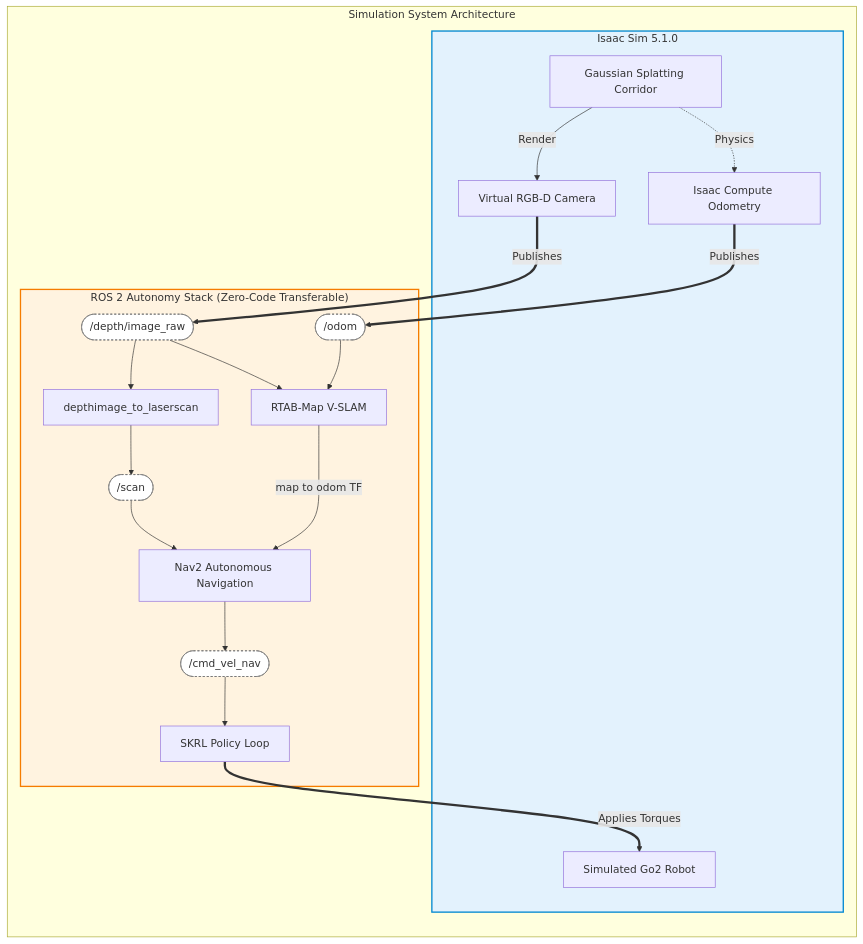
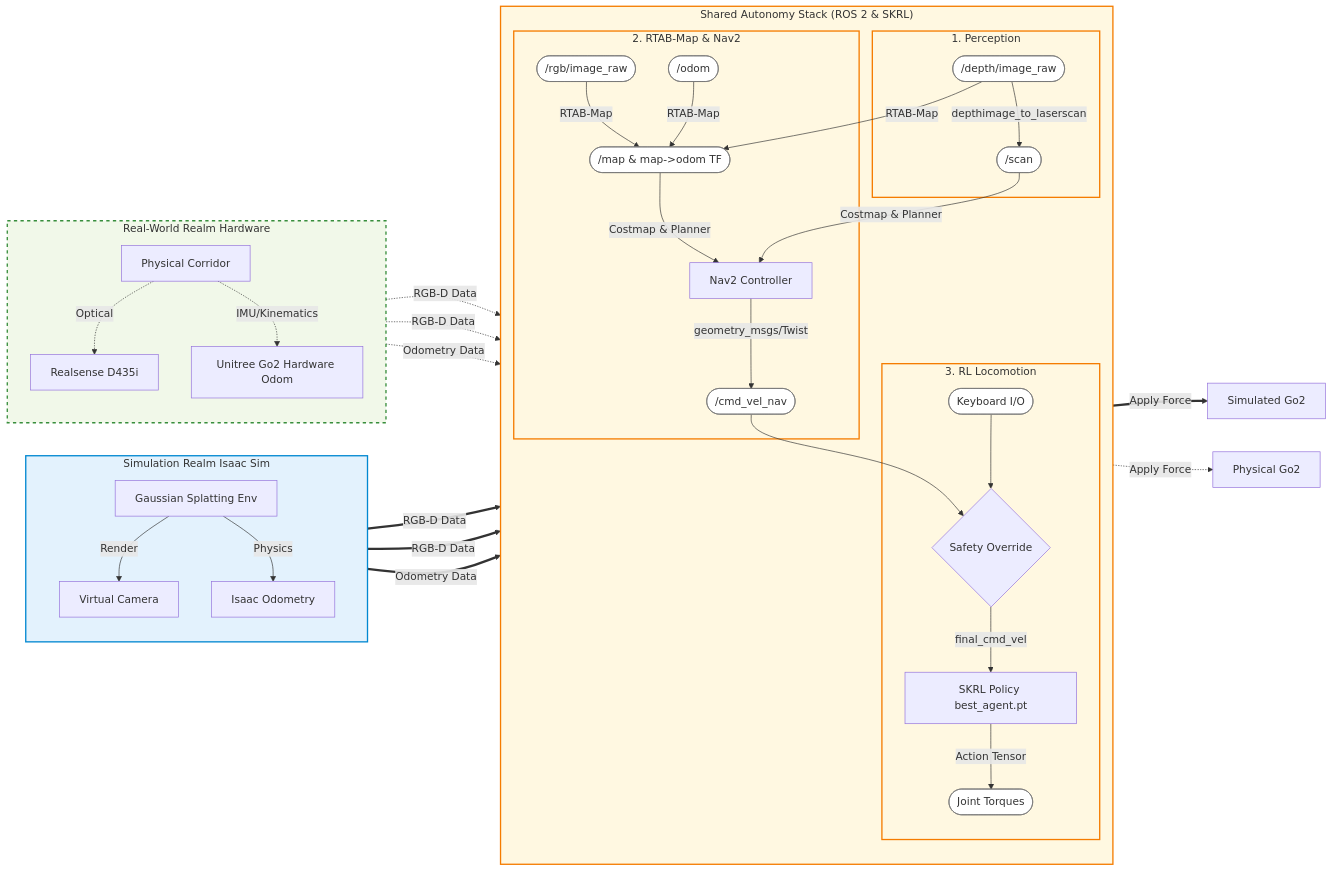
Before and after one commit to CGV-HGU/isaac-go2-ros2: the second of 2 diagrams in docs/architecture.md, drawn with Mermaid. The commit also changed other lines of this file, not shown here.

Commit message:
docs: revert to single Left-to-Right data flow diagram highlighting the Shared Core Stack, keeping chronological pipeline

````diff
--- a/docs/architecture.md
+++ b/docs/architecture.md
@@ -33,49 +33,87 @@
 ```mermaid
-flowchart TD
+flowchart LR
     %% Styling
-    classDef simEnv fill:#e3f2fd,stroke:#0288d1,stroke-width:2px;
-    classDef rosStack fill:#fff3e0,stroke:#f57c00,stroke-width:2px;
-    classDef topic fill:#ffffff,stroke:#757575,stroke-width:1px,stroke-dasharray: 3 3;
+    classDef sim fill:#e3f2fd,stroke:#0288d1,stroke-width:2px;
+    classDef real fill:#f1f8e9,stroke:#388e3c,stroke-width:2px,stroke-dasharray: 5 5;
+    classDef core fill:#fff8e1,stroke:#f57c00,stroke-width:2px;
+    classDef topic fill:#ffffff,stroke:#757575,stroke-width:1px;
 
-    subgraph Simulation_Architecture [Simulation System Architecture]
+    %% ----------------------------------------------------
+    %% LEFT: SIMULATION REALM
+    %% ----------------------------------------------------
+    subgraph Sim_Realm [Simulation Realm Isaac Sim]
+        direction TB
+        SimEnv[Gaussian Splatting Env]
+        SimCam[Virtual Camera]
+        SimOdom[Isaac Odometry]
+        
+        SimEnv -->|Render| SimCam
+        SimEnv -->|Physics| SimOdom
+    end
+    class Sim_Realm sim;
+
+    %% ----------------------------------------------------
+    %% MIDDLE: SHARED CORE STACK (Zero-Code Transfer)
+    %% ----------------------------------------------------
+    subgraph Shared_Core ["Shared Autonomy Stack (ROS 2 & SKRL)"]
         direction TB
         
-        %% Environment & Hardware Mock
-        subgraph Sim_Hardware [Isaac Sim 5.1.0]
-            Env[Gaussian Splatting Corridor]
-            Cam[Virtual RGB-D Camera]
-            Odom[Isaac Compute Odometry]
-            Robot[Simulated Go2 Robot]
+        %% Pillar 1: Perception
+        subgraph Perception [1. Perception]
+            Depth_Topic([/depth/image_raw]) --> |depthimage_to_laserscan| Scan_Topic([/scan])
+        end
+        
+        %% Pillar 2: SLAM & Navigation
+        subgraph Navigation [2. RTAB-Map & Nav2]
+            RGB_Topic([/rgb/image_raw])
+            Odom_Topic([/odom])
             
-            Env -->|Render| Cam
-            Env -.->|Physics| Odom
+            RGB_Topic & Depth_Topic & Odom_Topic --> |RTAB-Map| Map_Topic([/map & map->odom TF])
+            Map_Topic & Scan_Topic --> |Costmap & Planner| Nav2[Nav2 Controller]
+            Nav2 --> |geometry_msgs/Twist| Cmd_Vel([/cmd_vel_nav])
         end
-        class Sim_Hardware simEnv
 
-        %% ROS 2 Autonomy Stack
-        subgraph ROS2_Stack ["ROS 2 Autonomy Stack (Zero-Code Transferable)"]
-            Depth2Scan[depthimage_to_laserscan]
-            RTABMap[RTAB-Map V-SLAM]
-            Nav2[Nav2 Autonomous Navigation]
-            RL_Policy[SKRL Policy Loop]
-            
-            Depth_Topic([/depth/image_raw]):::topic
-            Scan_Topic([/scan]):::topic
-            Odom_Topic([/odom]):::topic
-            CmdVel_Topic([/cmd_vel_nav]):::topic
-            
-            Depth_Topic --> Depth2Scan --> Scan_Topic
-            Depth_Topic & Odom_Topic --> RTABMap
-            RTABMap -->|map to odom TF| Nav2
-            Scan_Topic --> Nav2
-            Nav2 --> CmdVel_Topic
-            CmdVel_Topic --> RL_Policy
+        %% Pillar 3: Locomotion
+        subgraph Locomotion [3. RL Locomotion]
+            Cmd_Vel --> Override{Safety Override}
+            Keyboard([Keyboard I/O]) --> Override
+            Override --> |final_cmd_vel| Policy[SKRL Policy best_agent.pt]
+            Policy --> |Action Tensor| Torques([Joint Torques])
         end
-        class ROS2_Stack rosStack
+    end
+    class Shared_Core,Perception,Navigation,Locomotion core;
+    class Depth_Topic,Scan_Topic,RGB_Topic,Odom_Topic,Map_Topic,Cmd_Vel,Keyboard,Torques topic;
+
+    %% ----------------------------------------------------
+    %% RIGHT: REAL-WORLD REALM
+    %% ----------------------------------------------------
+    subgraph Real_Realm [Real-World Realm Hardware]
+        direction TB
+        RealEnv[Physical Corridor]
+        RealCam[Realsense D435i]
+        RealOdom[Unitree Go2 Hardware Odom]
         
-        %% Connections
-        Cam ==>|Publishes| Depth_Topic
-        Odom ==>|Publishes| Odom_Topic
-        RL_Policy ==>|Applies Torques| Robot
+        RealEnv -.->|Optical| RealCam
+        RealEnv -.->|IMU/Kinematics| RealOdom
     end
+    class Real_Realm real;
+
+    %% ----------------------------------------------------
+    %% CONNECTIONS (Input / Output mapping)
+    %% ----------------------------------------------------
+    
+    %% Sim Inputs to Core
+    SimCam ==>|RGB-D Data| Depth_Topic
+    SimCam ==>|RGB-D Data| RGB_Topic
+    SimOdom ==>|Odometry Data| Odom_Topic
+    
+    %% Real Inputs to Core (Future)
+    RealCam -.->|RGB-D Data| Depth_Topic
+    RealCam -.->|RGB-D Data| RGB_Topic
+    RealOdom -.->|Odometry Data| Odom_Topic
+
+    %% Core Outputs to Physical Bodies
+    Torques ==>|Apply Force| SimRobot[Simulated Go2]
+    Torques -.->|Apply Force| RealRobot[Physical Go2]
+
 ```
````
